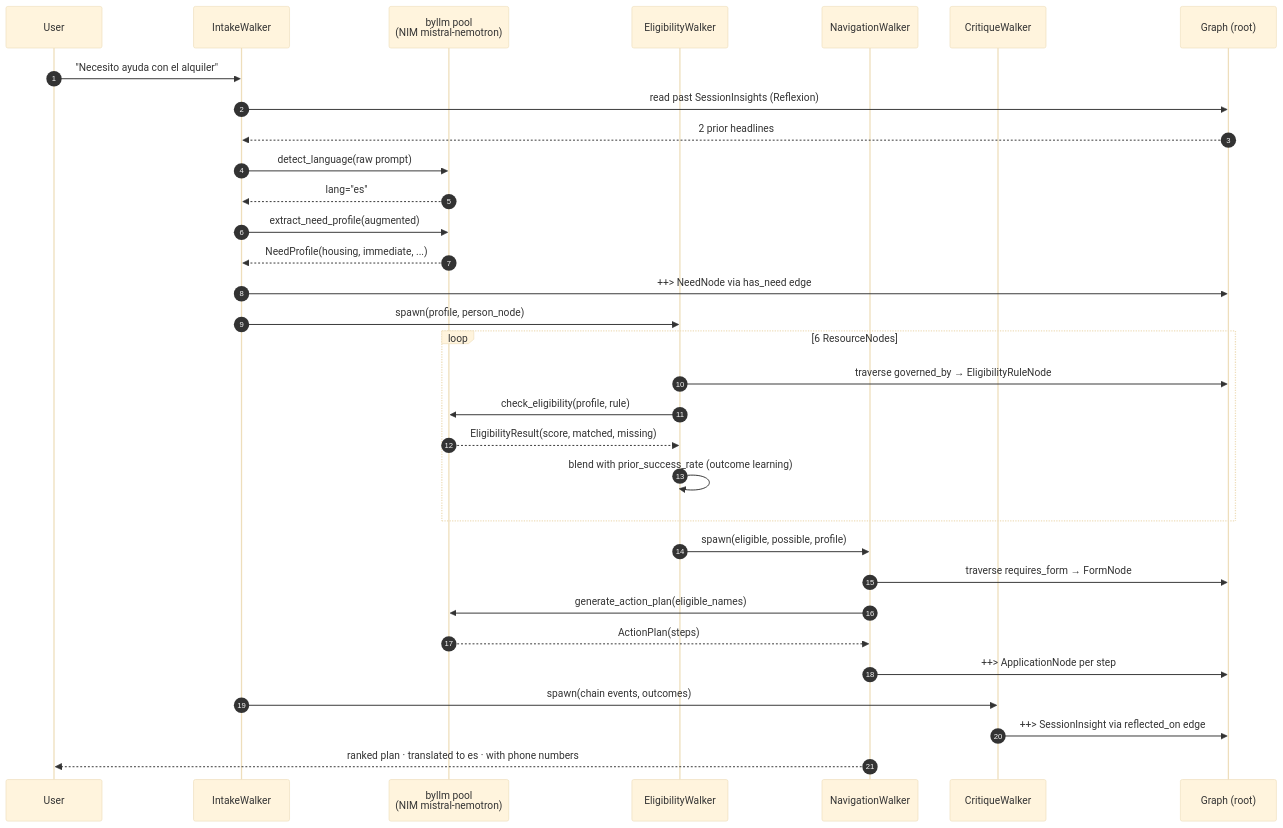
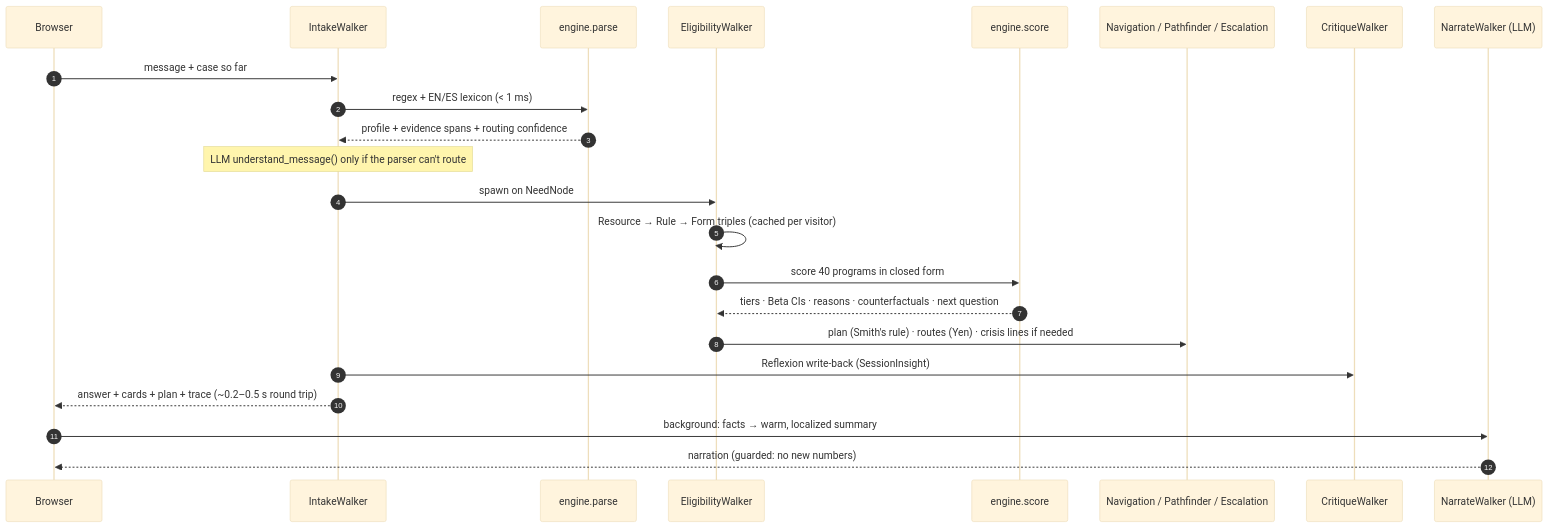
One commit to Anbu-00001/CivicMesh changed the second of 3 diagrams in README.md. Above: the diagram before and after it, drawn with Mermaid (base theme). The commit also changed other lines of this file and 3 other files, not shown here.

Commit message:
Cut narration latency: disable litellm SDK retries, 8 s budget; guard allows user's own numbers; README for v2

````diff
--- a/README.md
+++ b/README.md
@@ -124,39 +125,26 @@
 ```mermaid
 sequenceDiagram
     autonumber
-    participant U as User
+    participant U as Browser
     participant I as IntakeWalker
-    participant LLM as byllm pool<br/>(NIM mistral-nemotron)
+    participant P as engine.parse
     participant E as EligibilityWalker
-    participant N as NavigationWalker
+    participant S as engine.score
+    participant N as Navigation / Pathfinder / Escalation
     participant C as CritiqueWalker
-    participant G as Graph (root)
+    participant L as NarrateWalker (LLM)
 
-    U->>I: "Necesito ayuda con el alquiler"
-    I->>G: read past SessionInsights (Reflexion)
-    G-->>I: 2 prior headlines
-    I->>LLM: detect_language(raw prompt)
-    LLM-->>I: lang="es"
-    I->>LLM: extract_need_profile(augmented)
-    LLM-->>I: NeedProfile(housing, immediate, ...)
-    I->>G: ++> NeedNode via has_need edge
-    I->>E: spawn(profile, person_node)
-
-    loop 6 ResourceNodes
-        E->>G: traverse governed_by → EligibilityRuleNode
-        E->>LLM: check_eligibility(profile, rule)
-        LLM-->>E: EligibilityResult(score, matched, missing)
-        E->>E: blend with prior_success_rate (outcome learning)
-    end
-
-    E->>N: spawn(eligible, possible, profile)
-    N->>G: traverse requires_form → FormNode
-    N->>LLM: generate_action_plan(eligible_names)
-    LLM-->>N: ActionPlan(steps)
-    N->>G: ++> ApplicationNode per step
-
-    I->>C: spawn(chain events, outcomes)
-    C->>G: ++> SessionInsight via reflected_on edge
-
-    N-->>U: ranked plan · translated to es · with phone numbers
+    U->>I: message + case so far
+    I->>P: regex + EN/ES lexicon (< 1 ms)
+    P-->>I: profile + evidence spans + routing confidence
+    Note over I: LLM understand_message() only if the parser can't route
+    I->>E: spawn on NeedNode
+    E->>E: Resource → Rule → Form triples (cached per visitor)
+    E->>S: score 40 programs in closed form
+    S-->>E: tiers · Beta CIs · reasons · counterfactuals · next question
+    E->>N: plan (Smith's rule) · routes (Yen) · crisis lines if needed
+    I->>C: Reflexion write-back (SessionInsight)
+    I-->>U: answer + cards + plan + trace (~0.2–0.5 s round trip)
+    U->>L: background: facts → warm, localized summary
+    L-->>U: narration (guarded: no new numbers)
 ```
````
